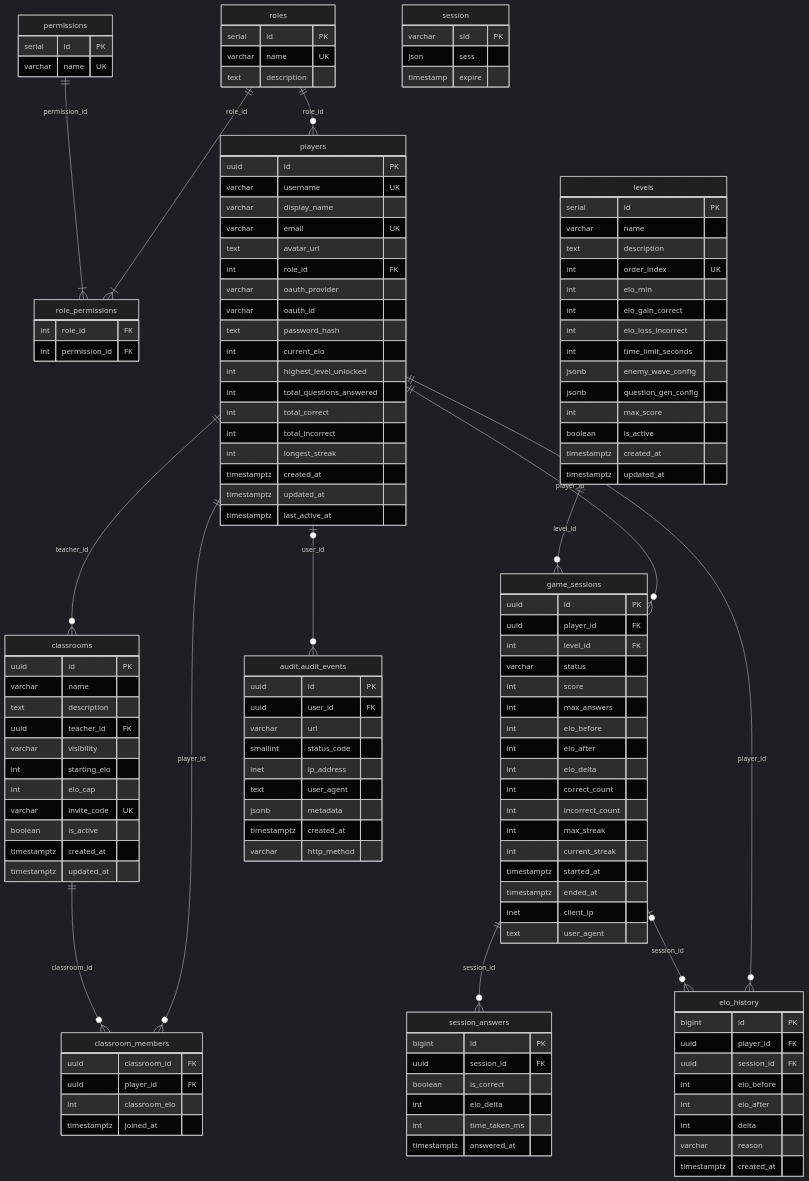
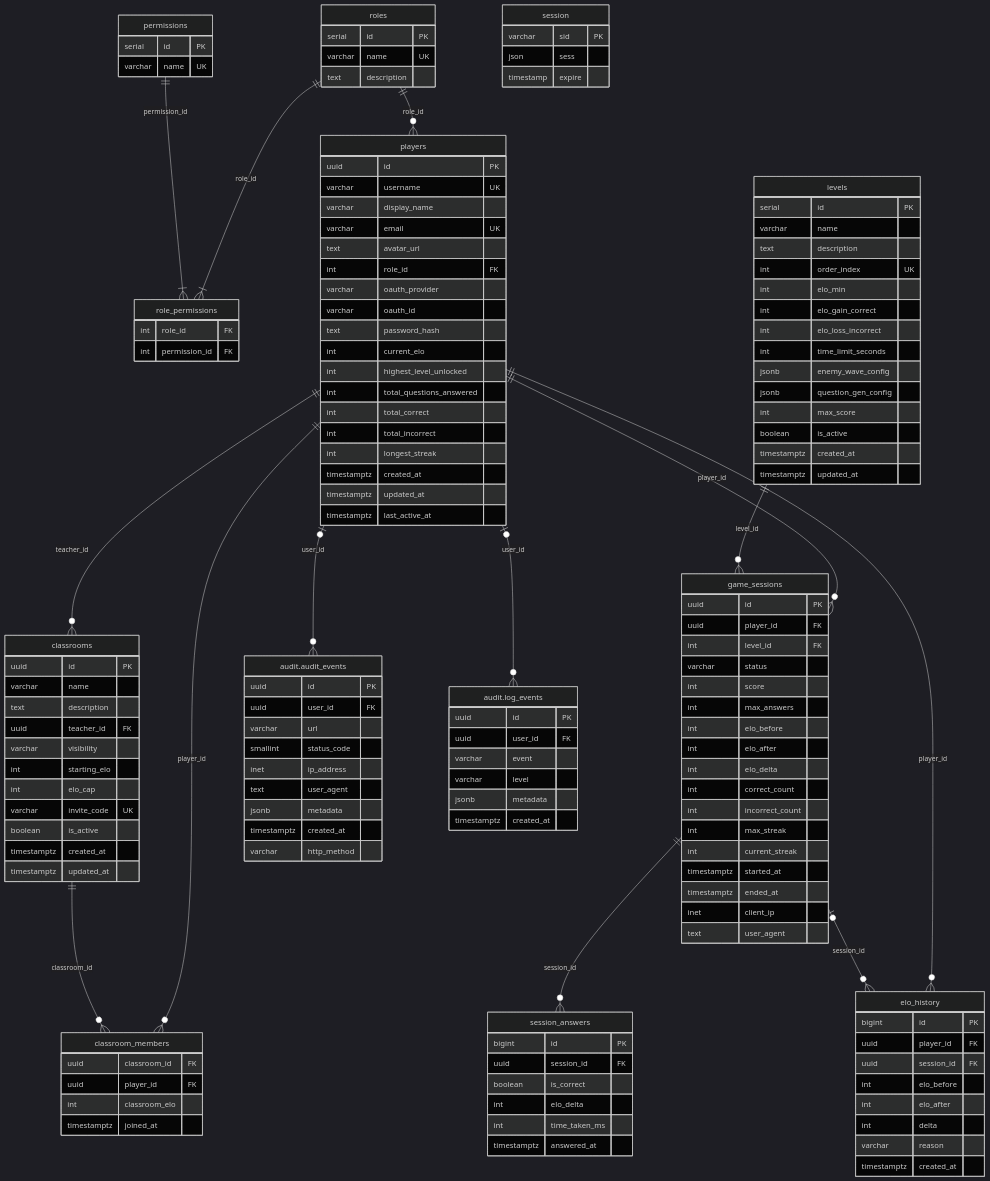
Before and after one commit to christphralden/magic-nugger-app: the diagram in README.md, drawn with Mermaid (dark theme). The commit also changed other lines of this file and 18 other files, not shown here.

````diff
--- a/README.md
+++ b/README.md
@@ -200,6 +200,15 @@
         varchar     http_method
     }
 
+    audit.log_events {
+        uuid        id         PK
+        uuid        user_id    FK
+        varchar     event
+        varchar     level
+        jsonb       metadata
+        timestamptz created_at
+    }
+
     roles            ||--|{ role_permissions    : "role_id"
     permissions      ||--|{ role_permissions    : "permission_id"
     roles            ||--o{ players             : "role_id"
@@ -212,5 +221,6 @@
     players          ||--o{ elo_history         : "player_id"
     game_sessions    |o--o{ elo_history         : "session_id"
     players          |o--o{ audit.audit_events  : "user_id"
+    players          |o--o{ audit.log_events    : "user_id"
 
 ```
````
